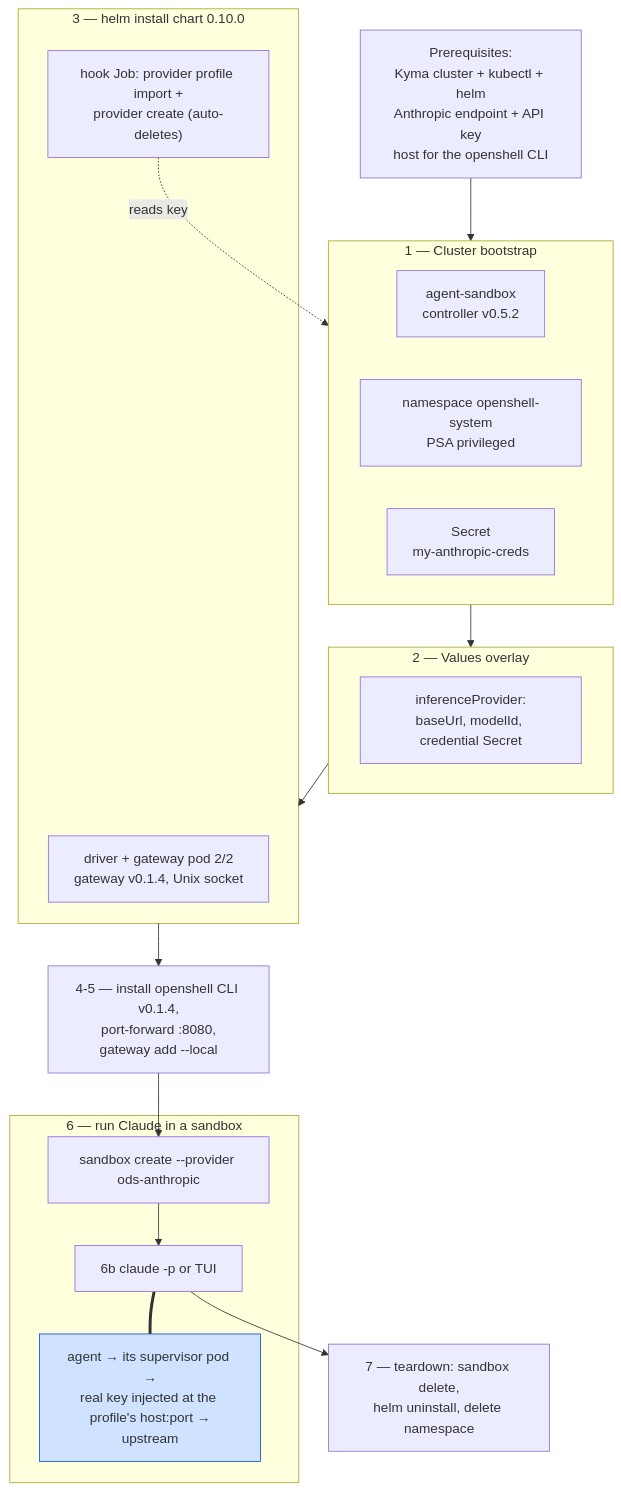
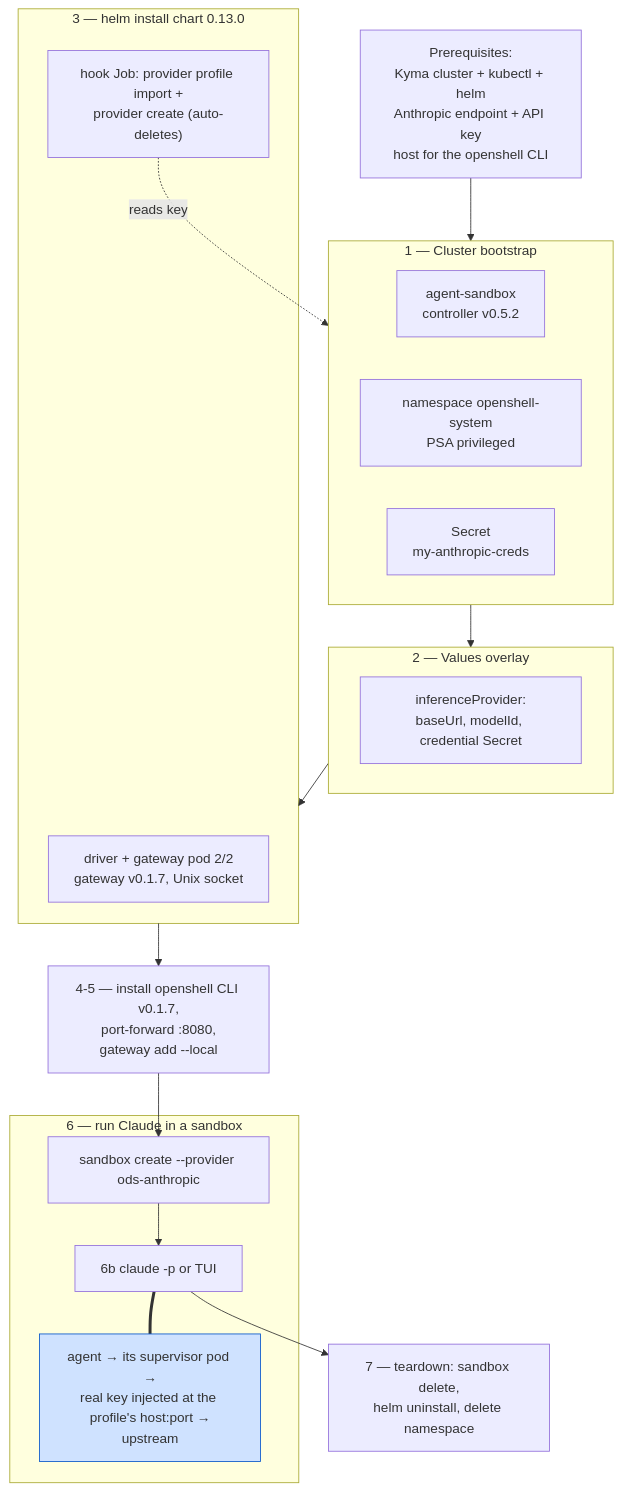
One commit to st-gr/openshell-driver-kyma changed the diagram in docs/tutorial-anthropic-direct.md. Above: the diagram before and after it, drawn with Mermaid. The commit also changed other lines of this file and 14 other files, not shown here.

````diff
--- a/docs/tutorial-anthropic-direct.md
+++ b/docs/tutorial-anthropic-direct.md
@@ -8,42 +8,42 @@
 ```mermaid
 flowchart TB
     P["Prerequisites:<br/>Kyma cluster + kubectl + helm<br/>Anthropic endpoint + API key<br/>host for the openshell CLI"]
 
     subgraph S1["1 — Cluster bootstrap"]
         direction LR
         C1["agent-sandbox<br/>controller v0.5.2"]
         C2["namespace openshell-system<br/>PSA privileged"]
         C3["Secret<br/>my-anthropic-creds"]
     end
 
     subgraph S2["2 — Values overlay"]
         V["inferenceProvider:<br/>baseUrl, modelId, credential Secret"]
     end
 
-    subgraph S3["3 — helm install chart 0.10.0"]
-        POD["driver + gateway pod 2/2<br/>gateway v0.1.4, Unix socket"]
+    subgraph S3["3 — helm install chart 0.13.0"]
+        POD["driver + gateway pod 2/2<br/>gateway v0.1.7, Unix socket"]
         HOOK["hook Job: provider profile import +<br/>provider create (auto-deletes)"]
     end
 
-    S45["4-5 — install openshell CLI v0.1.4,<br/>port-forward :8080,<br/>gateway add --local"]
+    S45["4-5 — install openshell CLI v0.1.7,<br/>port-forward :8080,<br/>gateway add --local"]
 
     subgraph S6["6 — run Claude in a sandbox"]
         CREATE["sandbox create --provider ods-anthropic"]
         RUN["6b claude -p or TUI"]
         PATH["agent → its supervisor pod →<br/>real key injected at the profile's host:port →<br/>upstream"]
     end
 
     S7["7 — teardown: sandbox delete,<br/>helm uninstall, delete namespace"]
 
     P --> S1
     S1 --> S2
     S2 --> S3
     HOOK -.reads key.-> C3
     S3 --> S45
     S45 --> CREATE
     CREATE --> RUN
     RUN === PATH
     RUN --> S7
 
     style PATH fill:#cfe2ff,stroke:#0a58ca
 ```
````
